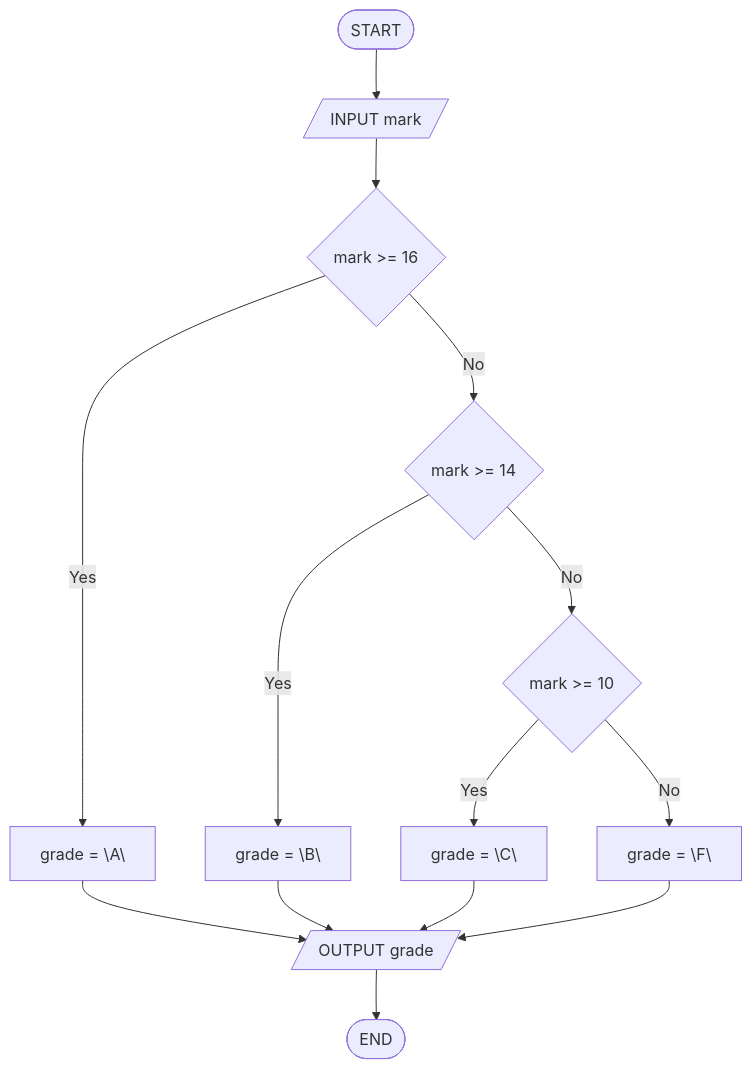
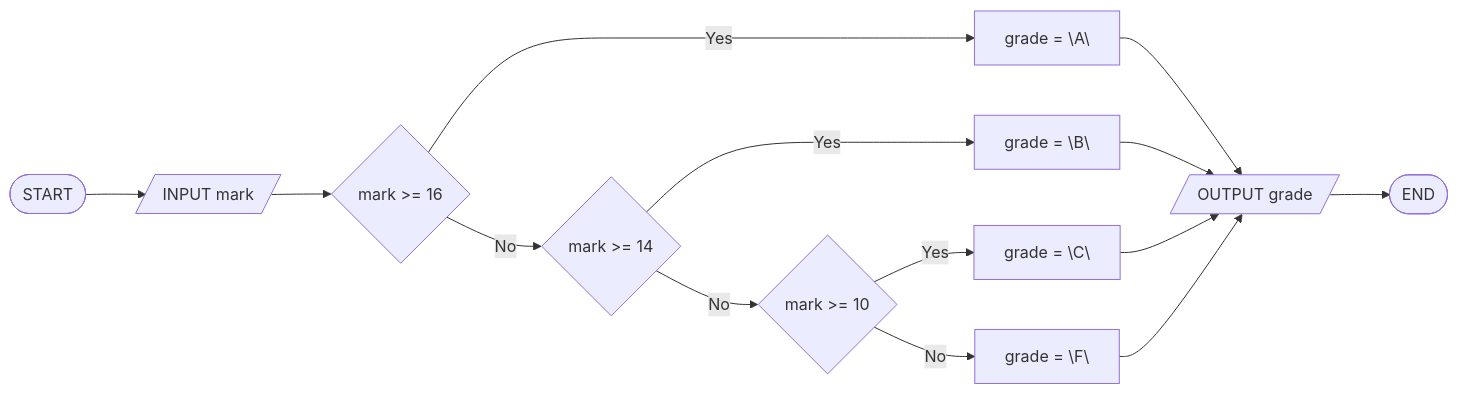
The third of 4 diagrams in docs/seances/02/cours_seance_02.md (ISIBrussels/methodo-algo), drawn with Mermaid before and after one commit. The commit also changed other lines of this file and 1 other file, not shown here.

First line of the commit message:
fix(docs): Mermaid S2 max, chrome UI tailles fixes

````diff
--- a/docs/seances/02/cours_seance_02.md
+++ b/docs/seances/02/cours_seance_02.md
@@ -189,16 +189,16 @@
 ```mermaid
-flowchart TB
+flowchart LR
   A([START]) --> B[/INPUT mark/]
   B --> C{mark >= 16}
   C -->|Yes| D["grade = \"A\""]
   C -->|No| E{mark >= 14}
   E -->|Yes| F["grade = \"B\""]
   E -->|No| G{mark >= 10}
   G -->|Yes| H["grade = \"C\""]
   G -->|No| I["grade = \"F\""]
   D --> J[/OUTPUT grade/]
   F --> J
   H --> J
   I --> J
   J --> K([END])
 ```
````
